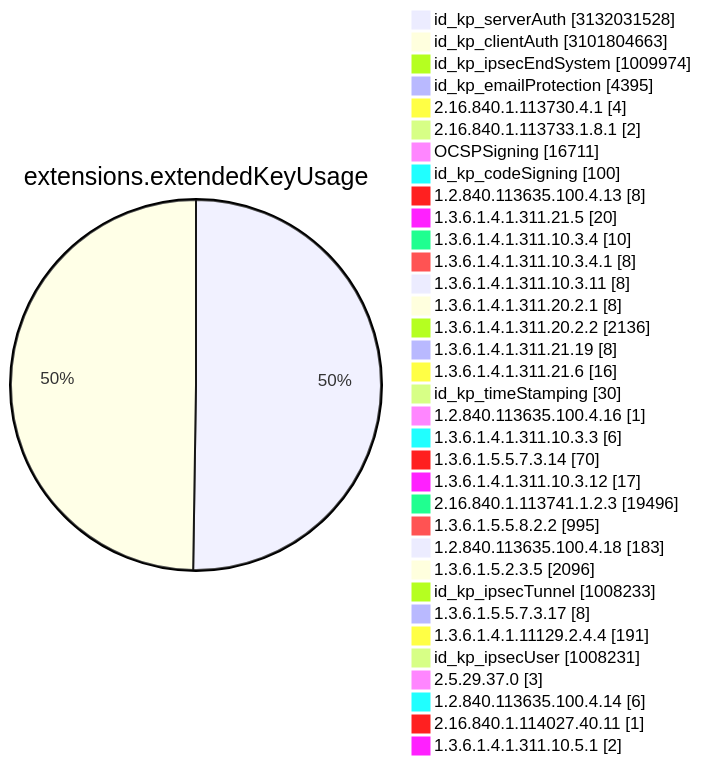
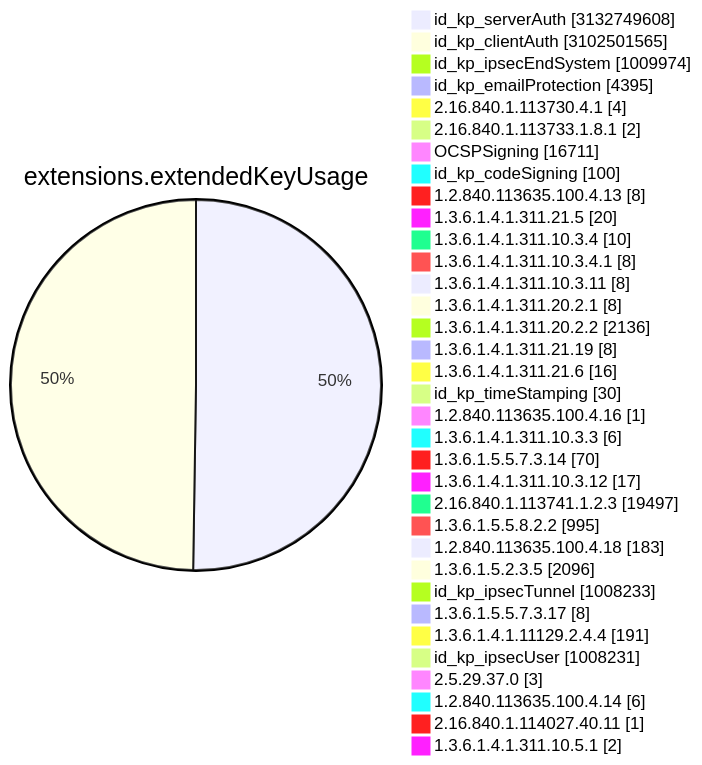
Diagram 11 of 15 in TOTAL/README.md (christiankrug/ctmonitor_visualization), drawn with Mermaid before and after one commit. The commit also changed other lines of this file, not shown here.

````diff
--- a/TOTAL/README.md
+++ b/TOTAL/README.md
@@ -4119,38 +4119,38 @@
 ```mermaid
 pie showData
 title extensions.extendedKeyUsage
-"id_kp_serverAuth" :3132031528
-"id_kp_clientAuth" :3101804663
+"id_kp_serverAuth" :3132749608
+"id_kp_clientAuth" :3102501565
 "id_kp_ipsecEndSystem" :1009974
 "id_kp_emailProtection" :4395
 "2.16.840.1.113730.4.1" :4
 "2.16.840.1.113733.1.8.1" :2
 "OCSPSigning" :16711
 "id_kp_codeSigning" :100
 "1.2.840.113635.100.4.13" :8
 "1.3.6.1.4.1.311.21.5" :20
 "1.3.6.1.4.1.311.10.3.4" :10
 "1.3.6.1.4.1.311.10.3.4.1" :8
 "1.3.6.1.4.1.311.10.3.11" :8
 "1.3.6.1.4.1.311.20.2.1" :8
 "1.3.6.1.4.1.311.20.2.2" :2136
 "1.3.6.1.4.1.311.21.19" :8
 "1.3.6.1.4.1.311.21.6" :16
 "id_kp_timeStamping" :30
 "1.2.840.113635.100.4.16" :1
 "1.3.6.1.4.1.311.10.3.3" :6
 "1.3.6.1.5.5.7.3.14" :70
 "1.3.6.1.4.1.311.10.3.12" :17
-"2.16.840.1.113741.1.2.3" :19496
+"2.16.840.1.113741.1.2.3" :19497
 "1.3.6.1.5.5.8.2.2" :995
 "1.2.840.113635.100.4.18" :183
 "1.3.6.1.5.2.3.5" :2096
 "id_kp_ipsecTunnel" :1008233
 "1.3.6.1.5.5.7.3.17" :8
 "1.3.6.1.4.1.11129.2.4.4" :191
 "id_kp_ipsecUser" :1008231
 "2.5.29.37.0" :3
 "1.2.840.113635.100.4.14" :6
 "2.16.840.1.114027.40.11" :1
 "1.3.6.1.4.1.311.10.5.1" :2
 ```
````
